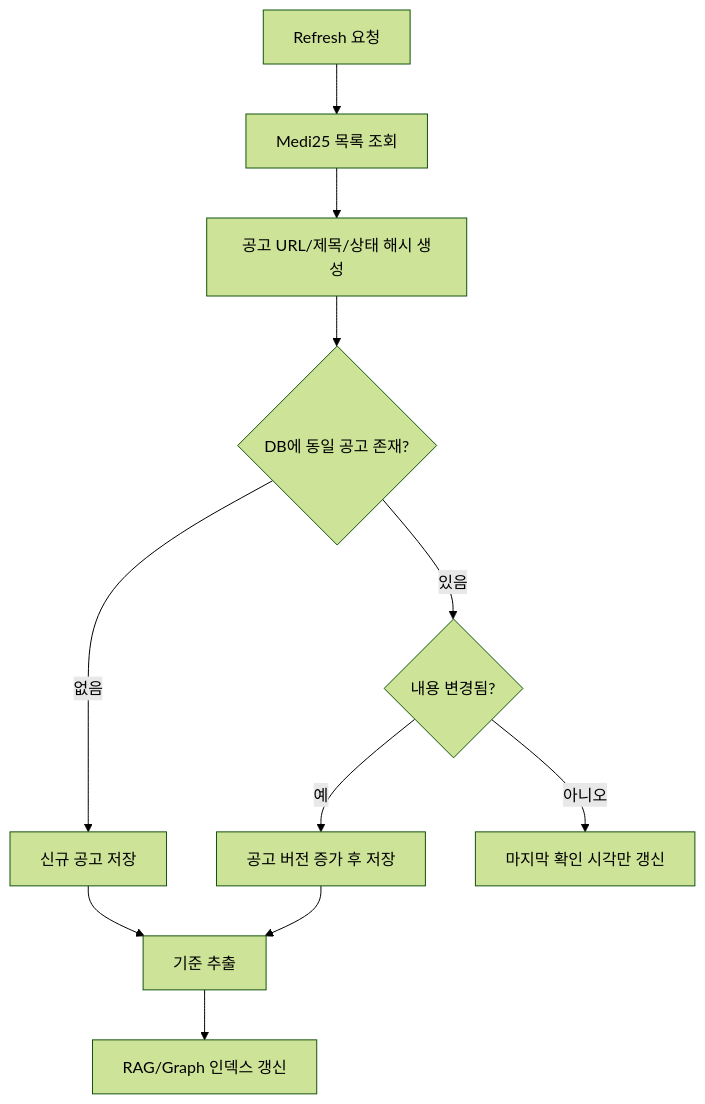
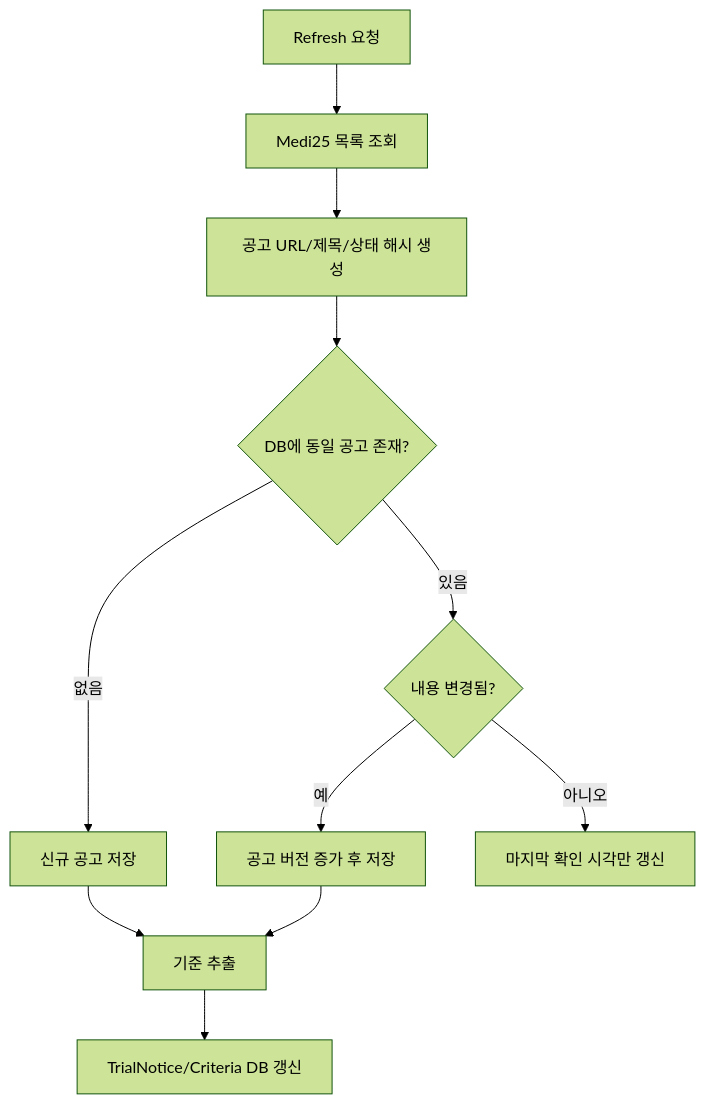
Before and after one commit to 1jaekim/AWS_Healthcare: the fourth of 7 diagrams in doc/MATCHING_MODEL_V2.md, drawn with Mermaid (forest theme). The commit also changed other lines of this file and 48 other files, not shown here.

First line of the commit message:
feat(api): GraphRAG 검색과 기준별 LLM 판단 계층 추가

````diff
--- a/doc/MATCHING_MODEL_V2.md
+++ b/doc/MATCHING_MODEL_V2.md
@@ -223,13 +233,13 @@
 ```mermaid
 flowchart TD
     R["Refresh 요청"] --> M["Medi25 목록 조회"]
     M --> H["공고 URL/제목/상태 해시 생성"]
     H --> C{"DB에 동일 공고 존재?"}
     C -->|없음| N["신규 공고 저장"]
     C -->|있음| U{"내용 변경됨?"}
     U -->|예| V["공고 버전 증가 후 저장"]
     U -->|아니오| S["마지막 확인 시각만 갱신"]
     N --> P["기준 추출"]
     V --> P
-    P --> K["RAG/Graph 인덱스 갱신"]
+    P --> K["TrialNotice/Criteria DB 갱신"]
 ```
````
